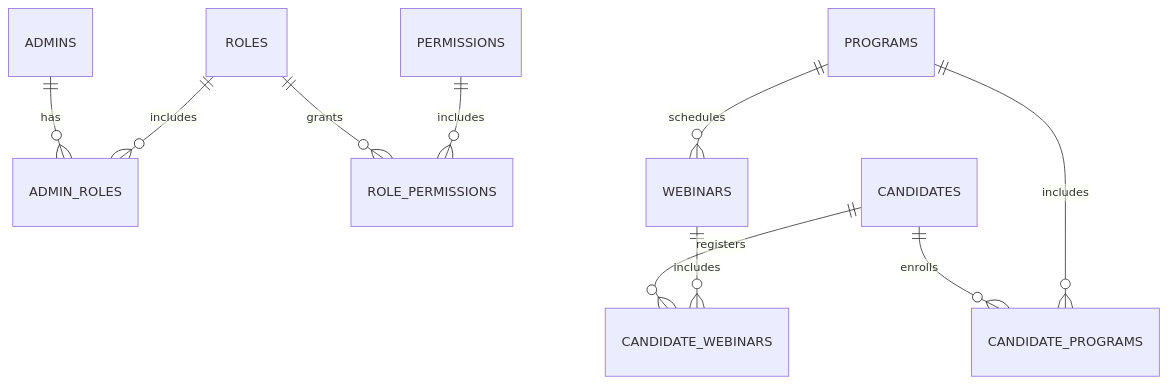
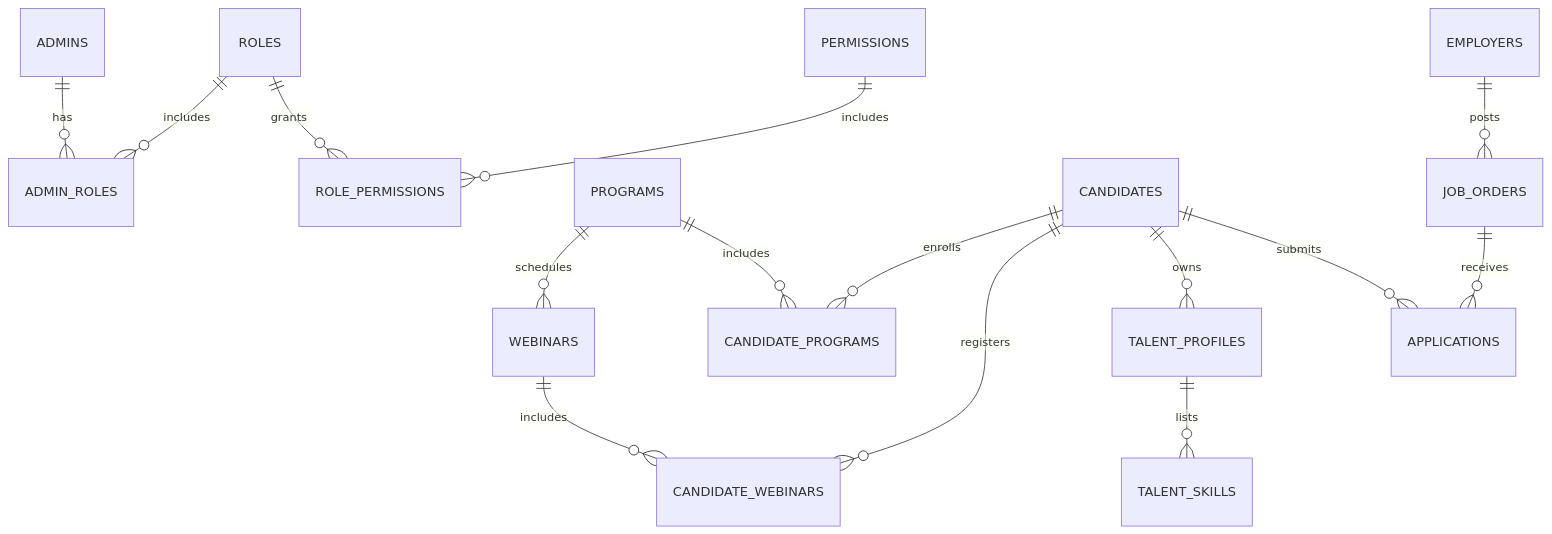
One commit to jabbar-app/cautious-spoon changed the second of 2 diagrams in docs/03-ARCHITECTURE_AND_ERD.md. Above: the diagram before and after it, drawn with Mermaid. The commit also changed other lines of this file and 2 other files, not shown here.

````diff
--- a/docs/03-ARCHITECTURE_AND_ERD.md
+++ b/docs/03-ARCHITECTURE_AND_ERD.md
@@ -24,13 +24,22 @@
 ```mermaid
 erDiagram
   ADMINS ||--o{ ADMIN_ROLES : has
   ROLES  ||--o{ ADMIN_ROLES : includes
   ROLES  ||--o{ ROLE_PERMISSIONS : grants
   PERMISSIONS ||--o{ ROLE_PERMISSIONS : includes
   PROGRAMS ||--o{ WEBINARS : schedules
   CANDIDATES ||--o{ CANDIDATE_PROGRAMS : enrolls
   PROGRAMS   ||--o{ CANDIDATE_PROGRAMS : includes
   CANDIDATES ||--o{ CANDIDATE_WEBINARS : registers
   WEBINARS   ||--o{ CANDIDATE_WEBINARS : includes
   %% Business rule: enrollment requires prior webinar attendance
+
+  %% Talent (illustrative future scope)
+  CANDIDATES ||--o{ TALENT_PROFILES : owns
+  TALENT_PROFILES ||--o{ TALENT_SKILLS : lists
+
+  %% Vacancy (illustrative future scope)
+  EMPLOYERS ||--o{ JOB_ORDERS : posts
+  CANDIDATES ||--o{ APPLICATIONS : submits
+  JOB_ORDERS ||--o{ APPLICATIONS : receives
 ```
````
